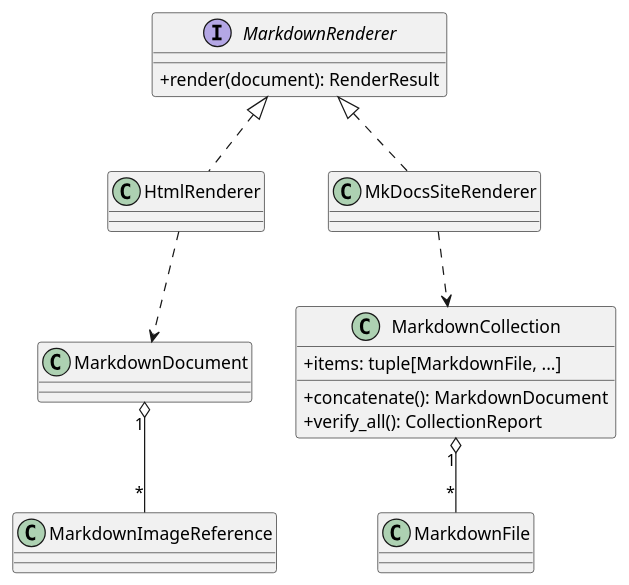
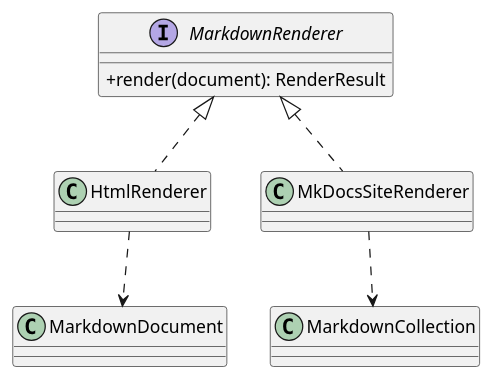
The fifth of 5 diagrams in doc/architecture-core.md (antoinebarre/scribpy), drawn with PlantUML before and after one commit. The commit also changed other lines of this file and 4 other files, not shown here.

````diff
--- a/doc/architecture-core.md
+++ b/doc/architecture-core.md
@@ -121,29 +177,20 @@
 ```plantuml
 @startuml
 skinparam classAttributeIconSize 0
 
-class MarkdownFile
 class MarkdownDocument
-class MarkdownImageReference
-
-class MarkdownCollection {
-  +items: tuple[MarkdownFile, ...]
-  +concatenate(): MarkdownDocument
-  +verify_all(): CollectionReport
-}
+class MarkdownCollection
 
 interface MarkdownRenderer {
   +render(document): RenderResult
 }
 
 class HtmlRenderer
 class MkDocsSiteRenderer
 
-MarkdownCollection "1" o-- "*" MarkdownFile
-MarkdownDocument "1" o-- "*" MarkdownImageReference
 MarkdownRenderer <|.. HtmlRenderer
 MarkdownRenderer <|.. MkDocsSiteRenderer
 HtmlRenderer ..> MarkdownDocument
 MkDocsSiteRenderer ..> MarkdownCollection
 @enduml
 ```
````
